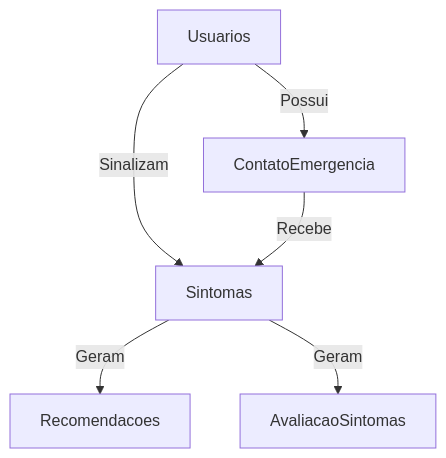
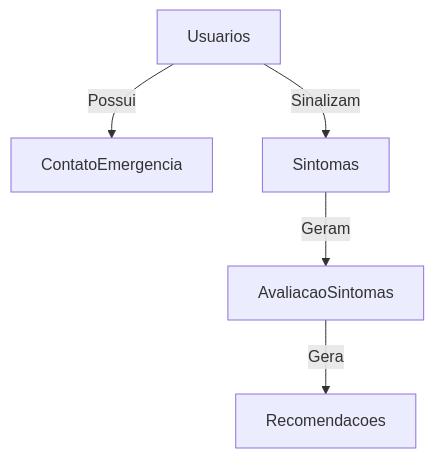
The first of 2 diagrams in README.md (thayssamaneo/vitale), drawn with Mermaid before and after one commit.

Commit message:
Refine flowchart for emergency contact and symptoms
Updated flowchart in README.md to improve clarity.

````diff
--- a/README.md
+++ b/README.md
@@ -120,8 +120,10 @@
 ```mermaid
 flowchart TD
     A[Usuarios] --> |Possui| H
     A --> |Sinalizam| I
-    H[ContatoEmergencia] -->|Recebe| I
-    I[Sintomas] -->|Geram| B[Recomendacoes]
+    H[ContatoEmergencia]
+    I[Sintomas]
+    B[Recomendacoes]
     I -->|Geram| C[AvaliacaoSintomas]
+    C -->|Gera| B
 ```
````
